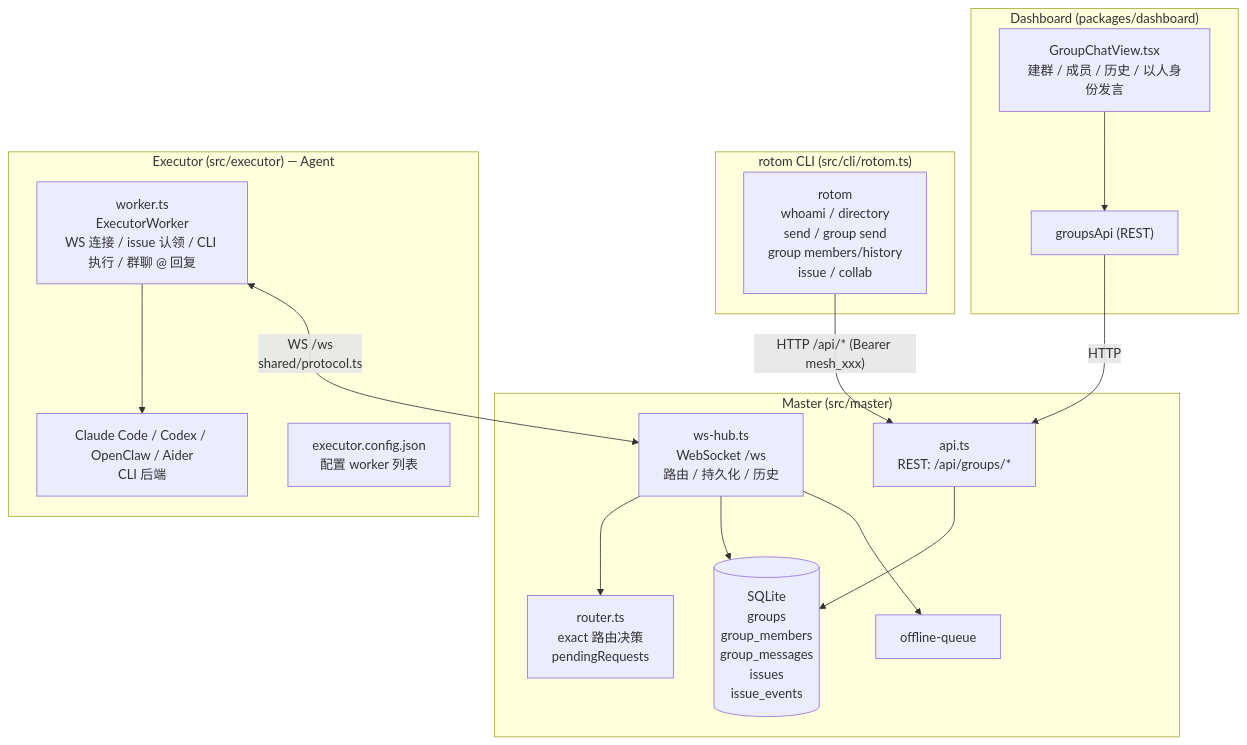
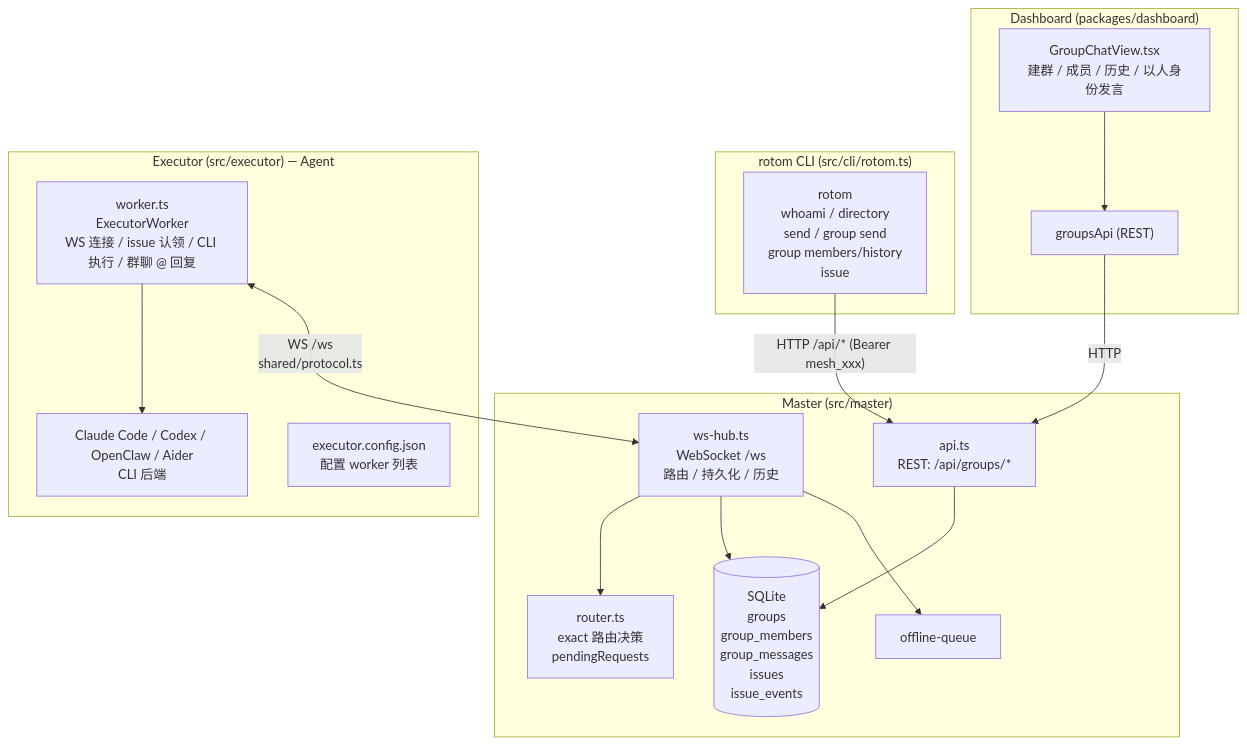
The first of 3 diagrams in docs/GROUP_CHAT_ARCHITECTURE.md (konglx90/rotom), drawn with Mermaid before and after one commit. The commit also changed other lines of this file and 53 other files, not shown here.

````diff
--- a/docs/GROUP_CHAT_ARCHITECTURE.md
+++ b/docs/GROUP_CHAT_ARCHITECTURE.md
@@ -125,36 +124,36 @@
 ```mermaid
 flowchart TB
   subgraph Dashboard["Dashboard (packages/dashboard)"]
     GCV["GroupChatView.tsx<br/>建群 / 成员 / 历史 / 以人身份发言"]
     GAPI["groupsApi (REST)"]
     GCV --> GAPI
   end
 
   subgraph Master["Master (src/master)"]
     API["api.ts<br/>REST: /api/groups/*"]
     HUB["ws-hub.ts<br/>WebSocket /ws<br/>路由 / 持久化 / 历史"]
     ROUTER["router.ts<br/>exact 路由决策<br/>pendingRequests"]
     DB[("SQLite<br/>groups<br/>group_members<br/>group_messages<br/>issues<br/>issue_events")]
     OQ["offline-queue"]
 
     API --> DB
     HUB --> ROUTER
     HUB --> DB
     HUB --> OQ
   end
 
   subgraph CLI_["rotom CLI (src/cli/rotom.ts)"]
-    ROT["rotom<br/>whoami / directory<br/>send / group send<br/>group members/history<br/>issue / collab"]
+    ROT["rotom<br/>whoami / directory<br/>send / group send<br/>group members/history<br/>issue"]
   end
 
   subgraph Executor["Executor (src/executor) — Agent"]
     EW["worker.ts<br/>ExecutorWorker<br/>WS 连接 / issue 认领 / CLI 执行 / 群聊 @ 回复"]
     CLI["Claude Code / Codex / OpenClaw / Aider<br/>CLI 后端"]
     ECFG["executor.config.json<br/>配置 worker 列表"]
     EW --> CLI
   end
 
   GAPI -- "HTTP" --> API
   ROT -- "HTTP /api/* (Bearer mesh_xxx)" --> API
   EW <-- "WS /ws<br/>shared/protocol.ts" --> HUB
 ```
````
